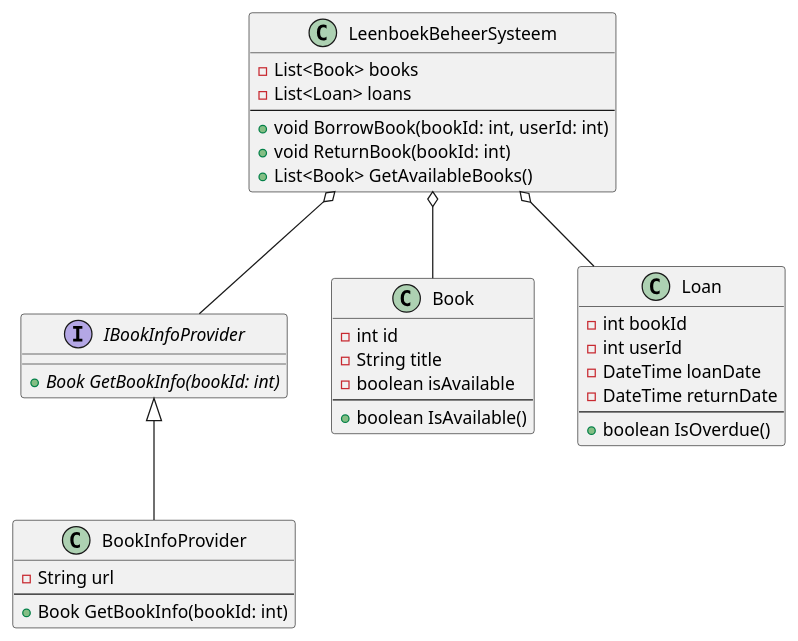
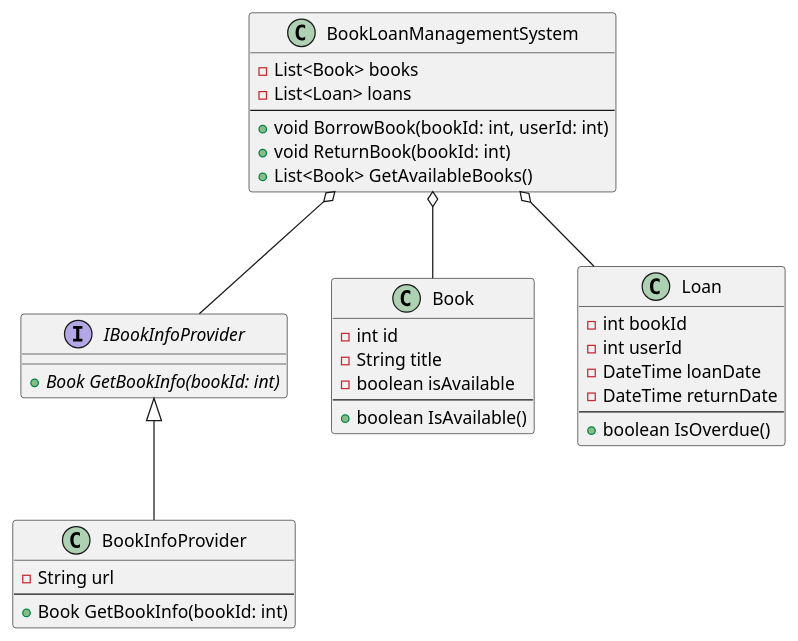
The diagram in README.md (walidmehdadi/PRO2TS2425PE), drawn with PlantUML before and after one commit.

````diff
--- a/README.md
+++ b/README.md
@@ -25,42 +25,42 @@
 ```plantuml
-class LeenboekBeheerSysteem {
+class BookLoanManagementSystem {
     - List<Book> books
     - List<Loan> loans
     --
     + void BorrowBook(bookId: int, userId: int)
     + void ReturnBook(bookId: int)
     + List<Book> GetAvailableBooks()
 }
 
 interface IBookInfoProvider {
     + {abstract} Book GetBookInfo(bookId: int)
 }
 
 class Book {
     - int id
     - String title
     - boolean isAvailable
     --
     + boolean IsAvailable()
 }
 
 class Loan {
     - int bookId
     - int userId
     - DateTime loanDate
     - DateTime returnDate
     --
     + boolean IsOverdue()
 }
 
 class BookInfoProvider {
     - String url
     --
     + Book GetBookInfo(bookId: int)
 }
 
-LeenboekBeheerSysteem o-- IBookInfoProvider
-LeenboekBeheerSysteem o-- Loan
-LeenboekBeheerSysteem o-- Book
+BookLoanManagementSystem o-- IBookInfoProvider
+BookLoanManagementSystem o-- Loan
+BookLoanManagementSystem o-- Book
 BookInfoProvider -up-|> IBookInfoProvider
 ```
````
